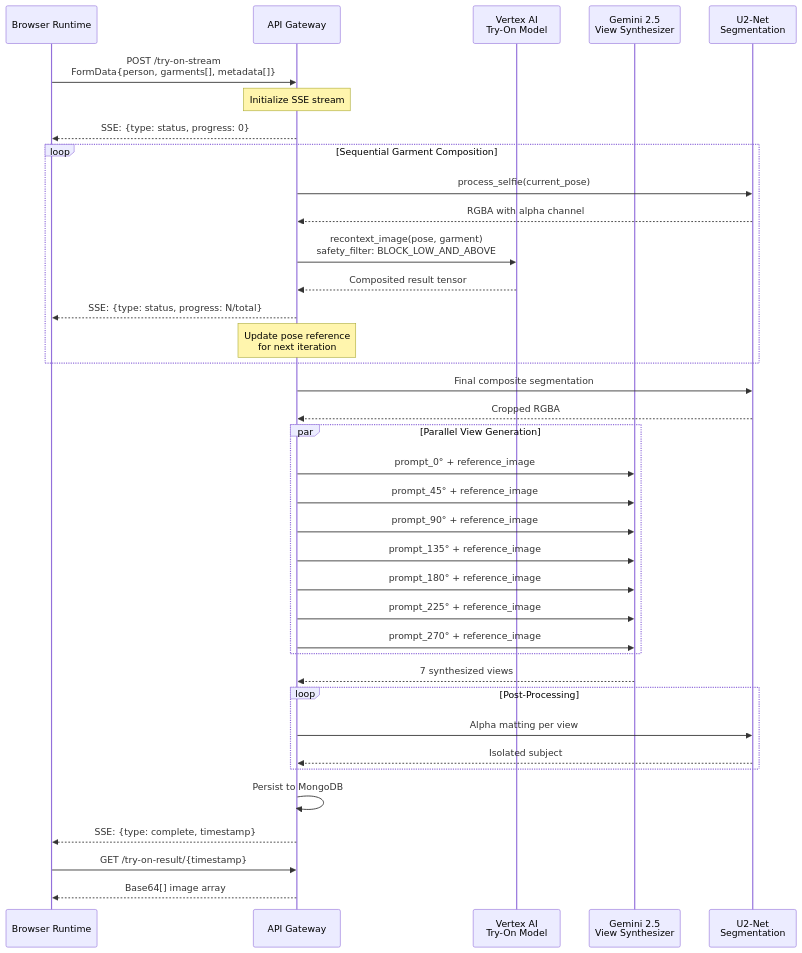
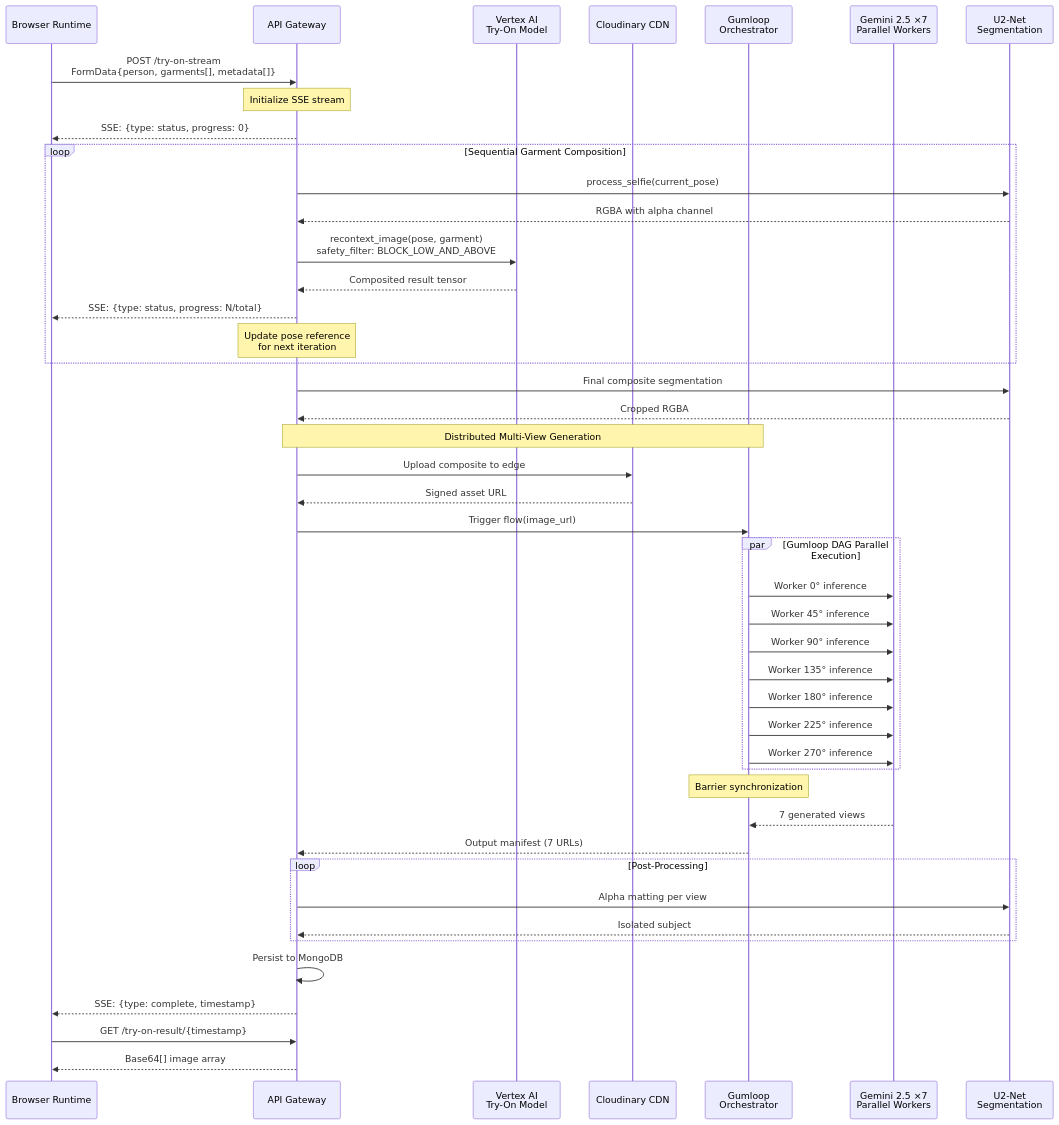
The second of 5 diagrams in README.md (AntoDono/McHacks2026), drawn with Mermaid before and after one commit. The commit also changed other lines of this file and 5 other files, not shown here.

````diff
--- a/README.md
+++ b/README.md
@@ -117,47 +129,56 @@
 ```mermaid
 sequenceDiagram
     participant Client as Browser Runtime
     participant API as API Gateway
     participant Vertex as Vertex AI<br/>Try-On Model
-    participant Gemini as Gemini 2.5<br/>View Synthesizer
+    participant CDN as Cloudinary CDN
+    participant Gumloop as Gumloop<br/>Orchestrator
+    participant Gemini as Gemini 2.5 ×7<br/>Parallel Workers
     participant Seg as U2-Net<br/>Segmentation
     
     Client->>API: POST /try-on-stream<br/>FormData{person, garments[], metadata[]}
     
     Note over API: Initialize SSE stream
     API-->>Client: SSE: {type: status, progress: 0}
     
     loop Sequential Garment Composition
         API->>Seg: process_selfie(current_pose)
         Seg-->>API: RGBA with alpha channel
         API->>Vertex: recontext_image(pose, garment)<br/>safety_filter: BLOCK_LOW_AND_ABOVE
         Vertex-->>API: Composited result tensor
         API-->>Client: SSE: {type: status, progress: N/total}
         Note over API: Update pose reference<br/>for next iteration
     end
     
     API->>Seg: Final composite segmentation
     Seg-->>API: Cropped RGBA
     
-    par Parallel View Generation
-        API->>Gemini: prompt_0° + reference_image
-        API->>Gemini: prompt_45° + reference_image
-        API->>Gemini: prompt_90° + reference_image
-        API->>Gemini: prompt_135° + reference_image
-        API->>Gemini: prompt_180° + reference_image
-        API->>Gemini: prompt_225° + reference_image
-        API->>Gemini: prompt_270° + reference_image
+    Note over API,Gumloop: Distributed Multi-View Generation
+    API->>CDN: Upload composite to edge
+    CDN-->>API: Signed asset URL
+    API->>Gumloop: Trigger flow(image_url)
+    
+    par Gumloop DAG Parallel Execution
+        Gumloop->>Gemini: Worker 0° inference
+        Gumloop->>Gemini: Worker 45° inference
+        Gumloop->>Gemini: Worker 90° inference
+        Gumloop->>Gemini: Worker 135° inference
+        Gumloop->>Gemini: Worker 180° inference
+        Gumloop->>Gemini: Worker 225° inference
+        Gumloop->>Gemini: Worker 270° inference
     end
     
-    Gemini-->>API: 7 synthesized views
+    Note over Gumloop: Barrier synchronization
+    Gemini-->>Gumloop: 7 generated views
+    Gumloop-->>API: Output manifest (7 URLs)
     
     loop Post-Processing
         API->>Seg: Alpha matting per view
         Seg-->>API: Isolated subject
     end
     
     API->>API: Persist to MongoDB
     API-->>Client: SSE: {type: complete, timestamp}
     Client->>API: GET /try-on-result/{timestamp}
     API-->>Client: Base64[] image array
 ```
````
